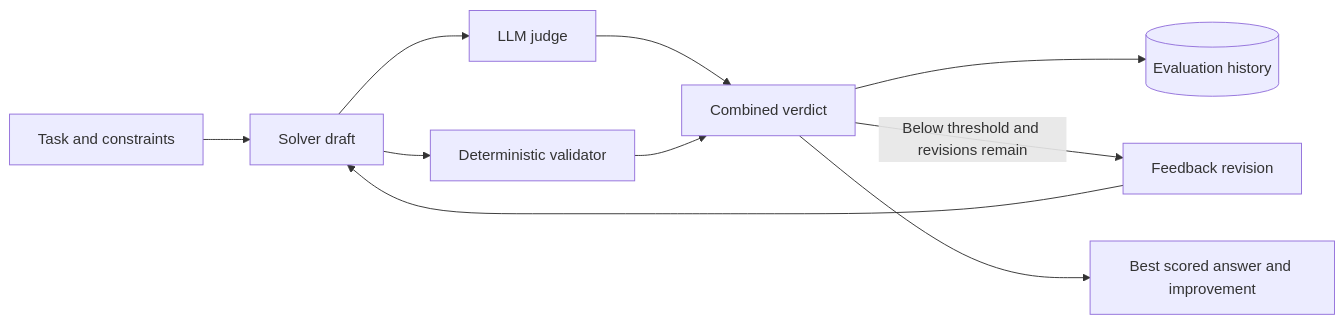
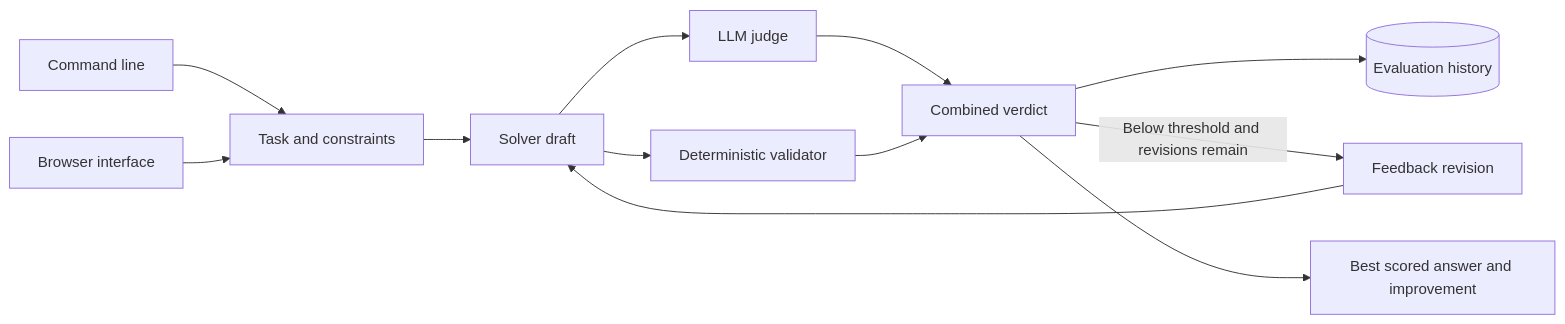
The diagram in README.md (kh-bikash/self-reflective-agent), drawn with Mermaid before and after one commit. The commit also changed other lines of this file and 11 other files, not shown here.

Commit message:
Ship runnable CLI and browser product

````diff
--- a/README.md
+++ b/README.md
@@ -41,12 +43,14 @@
 ```mermaid
 flowchart LR
+    CLI[Command line] --> Task
+    Browser[Browser interface] --> Task
     Task[Task and constraints] --> Solver[Solver draft]
     Solver --> Judge[LLM judge]
     Solver --> Rules[Deterministic validator]
     Judge --> Score[Combined verdict]
     Rules --> Score
     Score --> Ledger[(Evaluation history)]
     Score -->|Below threshold and revisions remain| Revise[Feedback revision]
     Revise --> Solver
     Score --> Best[Best scored answer and improvement]
 ```
````
